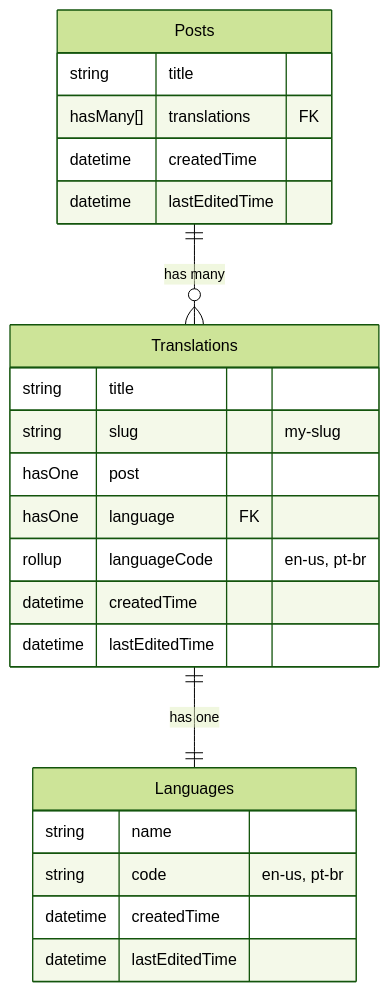
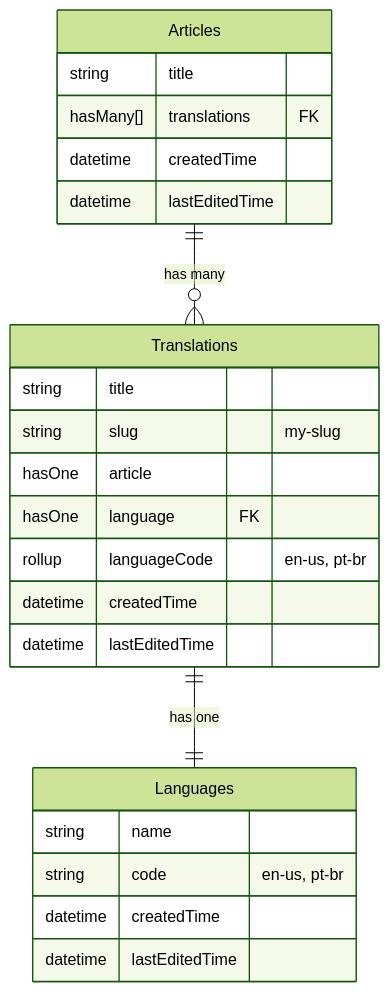
The diagram in projects/rukado.com/docs/notion-structure.mmd (bandradelucas/manabu), drawn with Mermaid (forest theme) before and after one commit. The commit also changed 39 other files, not shown here.

```diff
--- a/projects/rukado.com/docs/notion-structure.mmd
+++ b/projects/rukado.com/docs/notion-structure.mmd
@@ -1,24 +1,24 @@
 erDiagram
-    Posts {
+    Articles {
         string title
         hasMany[] translations FK
         datetime createdTime
         datetime lastEditedTime
     }
     Translations {
         string title
         string slug "my-slug"
-        hasOne post
+        hasOne article
         hasOne language FK
         rollup languageCode "en-us, pt-br"
         datetime createdTime
         datetime lastEditedTime
     }
     Languages {
         string name
         string code "en-us, pt-br"
         datetime createdTime
         datetime lastEditedTime
     }
-    Posts 1 to 0+ Translations : "has many"
+    Articles 1 to 0+ Translations : "has many"
     Translations 1 to 1 Languages: "has one"
```
